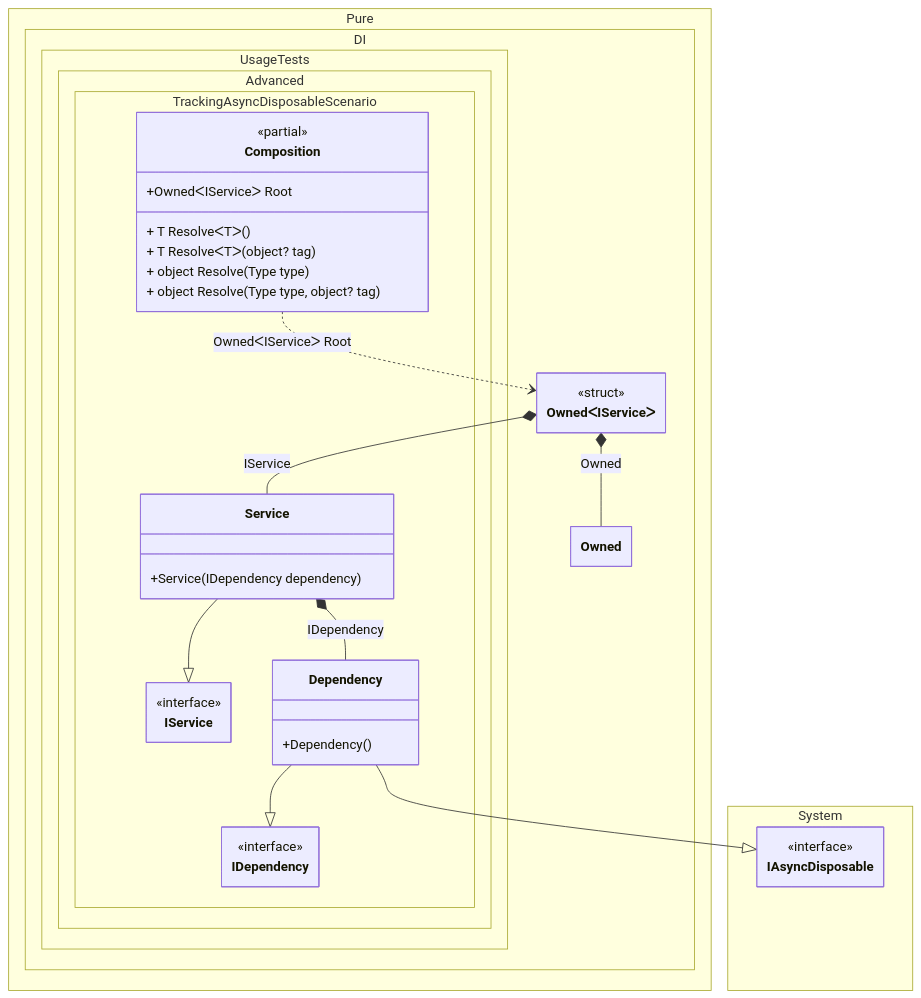
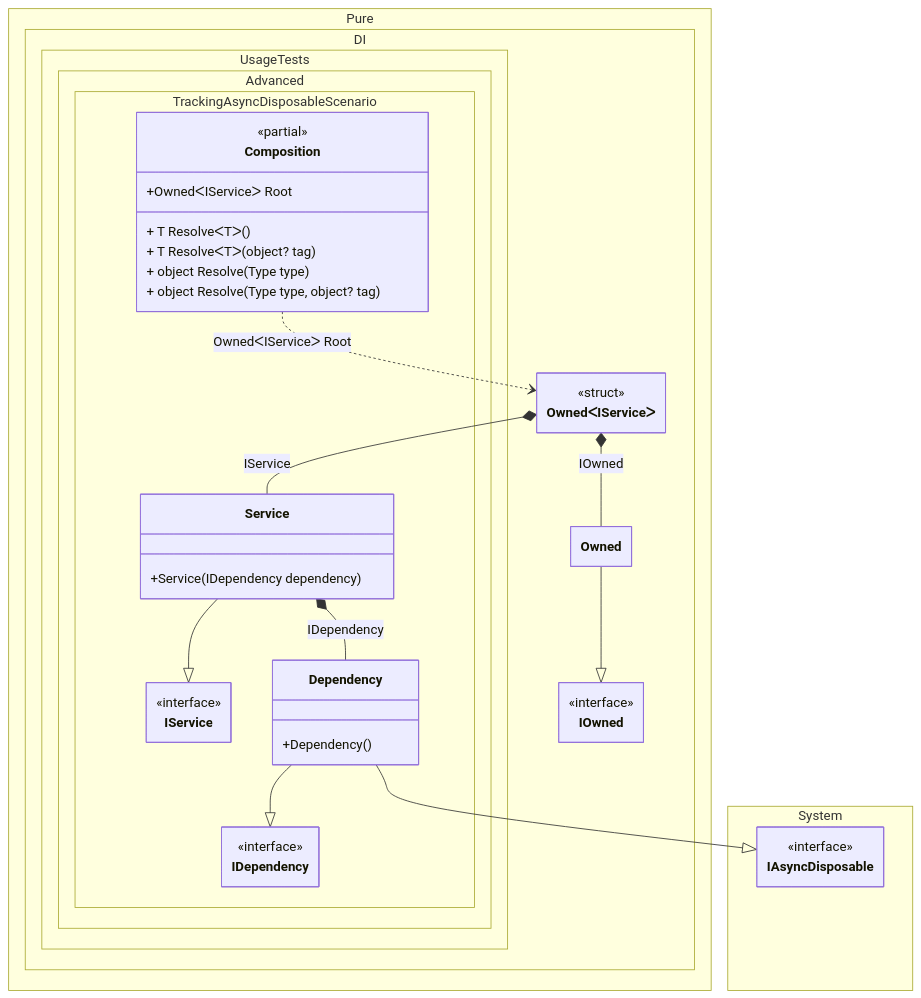
The diagram in readme/tracking-async-disposable-instances-per-a-composition-root.md (DevTeam/Pure.DI), drawn with Mermaid before and after one commit. The commit also changed other lines of this file and 35 other files, not shown here.

````diff
--- a/readme/tracking-async-disposable-instances-per-a-composition-root.md
+++ b/readme/tracking-async-disposable-instances-per-a-composition-root.md
@@ -157,49 +164,53 @@
 ```mermaid
 ---
  config:
   class:
    hideEmptyMembersBox: true
 ---
 classDiagram
+	Owned --|> IOwned
 	Service --|> IService
 	Dependency --|> IDependency
 	Dependency --|> IAsyncDisposable
 	Composition ..> OwnedᐸIServiceᐳ : OwnedᐸIServiceᐳ Root
-	OwnedᐸIServiceᐳ *--  Owned : Owned
+	OwnedᐸIServiceᐳ *--  Owned : IOwned
 	OwnedᐸIServiceᐳ *--  Service : IService
 	Service *--  Dependency : IDependency
 	namespace Pure.DI {
+		class IOwned {
+			<<interface>>
+		}
 		class Owned {
 		}
 		class OwnedᐸIServiceᐳ {
 			<<struct>>
 		}
 	}
 	namespace Pure.DI.UsageTests.Advanced.TrackingAsyncDisposableScenario {
 		class Composition {
 		<<partial>>
 		+OwnedᐸIServiceᐳ Root
 		+ T ResolveᐸTᐳ()
 		+ T ResolveᐸTᐳ(object? tag)
 		+ object Resolve(Type type)
 		+ object Resolve(Type type, object? tag)
 		}
 		class Dependency {
 			+Dependency()
 		}
 		class IDependency {
 			<<interface>>
 		}
 		class IService {
 			<<interface>>
 		}
 		class Service {
 			+Service(IDependency dependency)
 		}
 	}
 	namespace System {
 		class IAsyncDisposable {
 			<<interface>>
 		}
 	}
 ```
````
